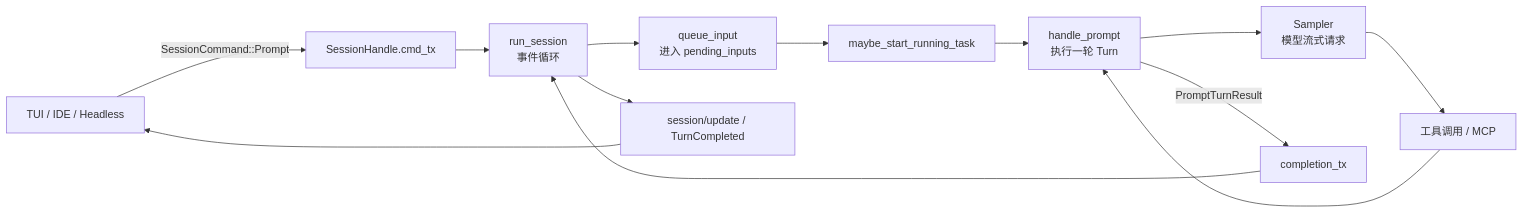
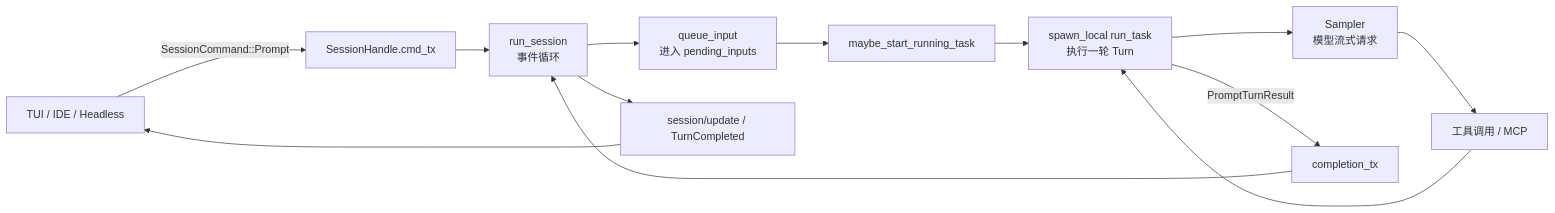
The first of 6 diagrams in docs/deep-dives/run-session.md (stormZhu/grok-build), drawn with Mermaid before and after one commit. The commit also changed other lines of this file and 20 other files, not shown here.

````diff
--- a/docs/deep-dives/run-session.md
+++ b/docs/deep-dives/run-session.md
@@ -39,15 +39,15 @@
 ```mermaid
 flowchart LR
     client[ TUI / IDE / Headless ] -->|SessionCommand::Prompt| mailbox[SessionHandle.cmd_tx]
     mailbox --> loop[run_session\n事件循环]
     loop --> queue[queue_input\n进入 pending_inputs]
     queue --> starter[maybe_start_running_task]
-    starter --> turn[handle_prompt\n执行一轮 Turn]
+    starter --> turn[spawn_local run_task\n执行一轮 Turn]
     turn --> sampler[Sampler\n模型流式请求]
     sampler --> tools[工具调用 / MCP]
     tools --> turn
     turn -->|PromptTurnResult| completion[completion_tx]
     completion --> loop
     loop --> updates[session/update / TurnCompleted]
     updates --> client
 ```
````
